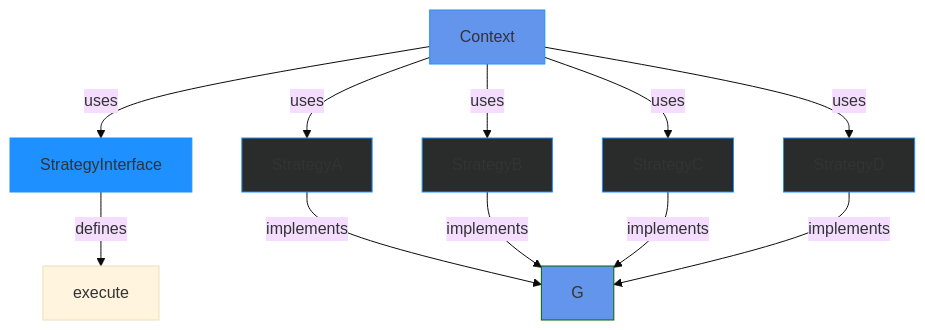
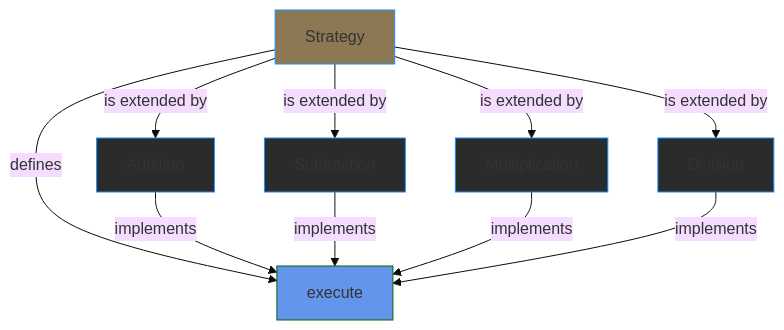
Before and after one commit to codevalve/codevalve.github.io: the diagram in _posts/2024-09-10-strategy-pattern-javascript.md, drawn with Mermaid (base theme). The commit also changed 2 other files, not shown here.

Commit message:
chore(mermaid): Setting diagrams for articles

````diff
--- a/_posts/2024-09-10-strategy-pattern-javascript.md
+++ b/_posts/2024-09-10-strategy-pattern-javascript.md
@@ -17,21 +17,23 @@
 ```mermaid
 graph TD
-    A[Context] -->|uses| B[StrategyInterface]
-    A -->|uses| C[StrategyA]
-    A -->|uses| D[StrategyB]
-    A -->|uses| E[StrategyC]
-    A -->|uses| F[StrategyD]
-    B -->|defines|::G[execute]
-    C -->|implements| G
-    D -->|implements| G
-    E -->|implements| G
-    F -->|implements| G
+    A[Strategy]
+    A -->|defines| G[execute]
     
-    style A fill:#6495ED,stroke:#1E90FF
-    style B fill:#1E90FF,stroke:#1E90FF
+    B[Addition] -->|implements| G
+    C[Subtraction] -->|implements| G
+    D[Multiplication] -->|implements| G
+    E[Division] -->|implements| G
+    
+    A -->|is extended by| B
+    A -->|is extended by| C
+    A -->|is extended by| D
+    A -->|is extended by| E
+    
+    style A fill:#8c7853,stroke:#1E90FF
+    style B fill:#2a2b2b,stroke:#1E90FF
     style C fill:#2a2b2b,stroke:#1E90FF
     style D fill:#2a2b2b,stroke:#1E90FF
     style E fill:#2a2b2b,stroke:#1E90FF
-    style F fill:#2a2b2b,stroke:#1E90FF
     style G fill:#6495ED,stroke:#006400
+
 ```
````
